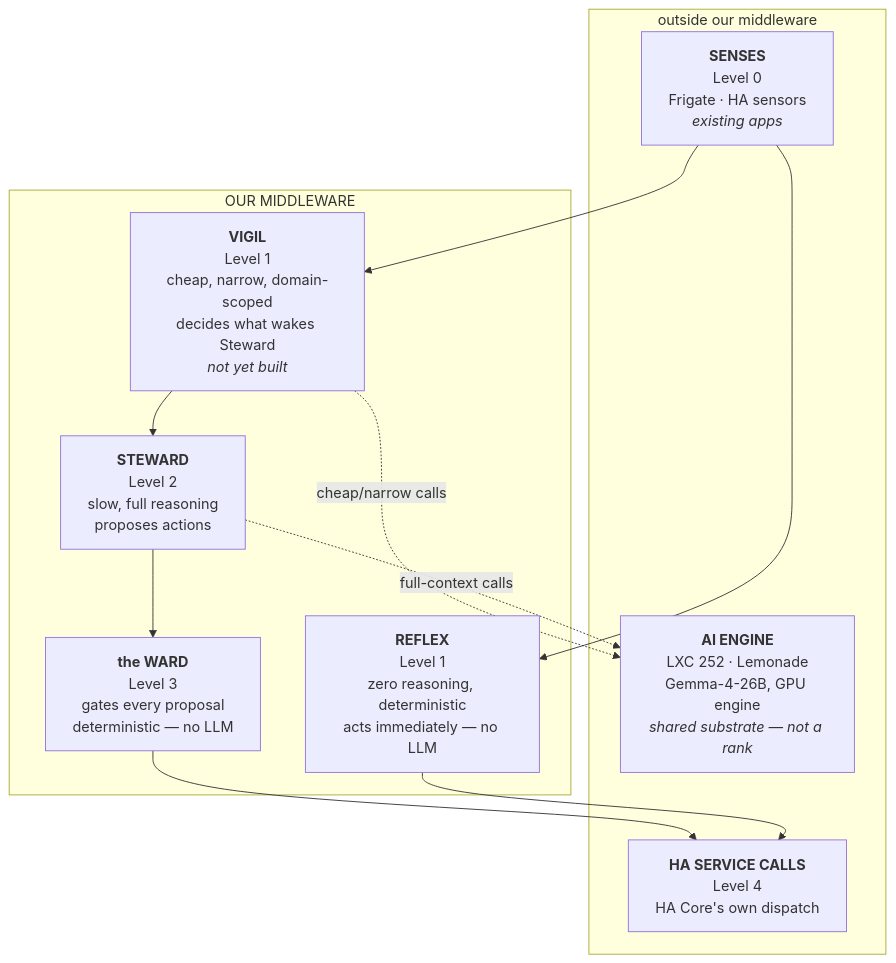
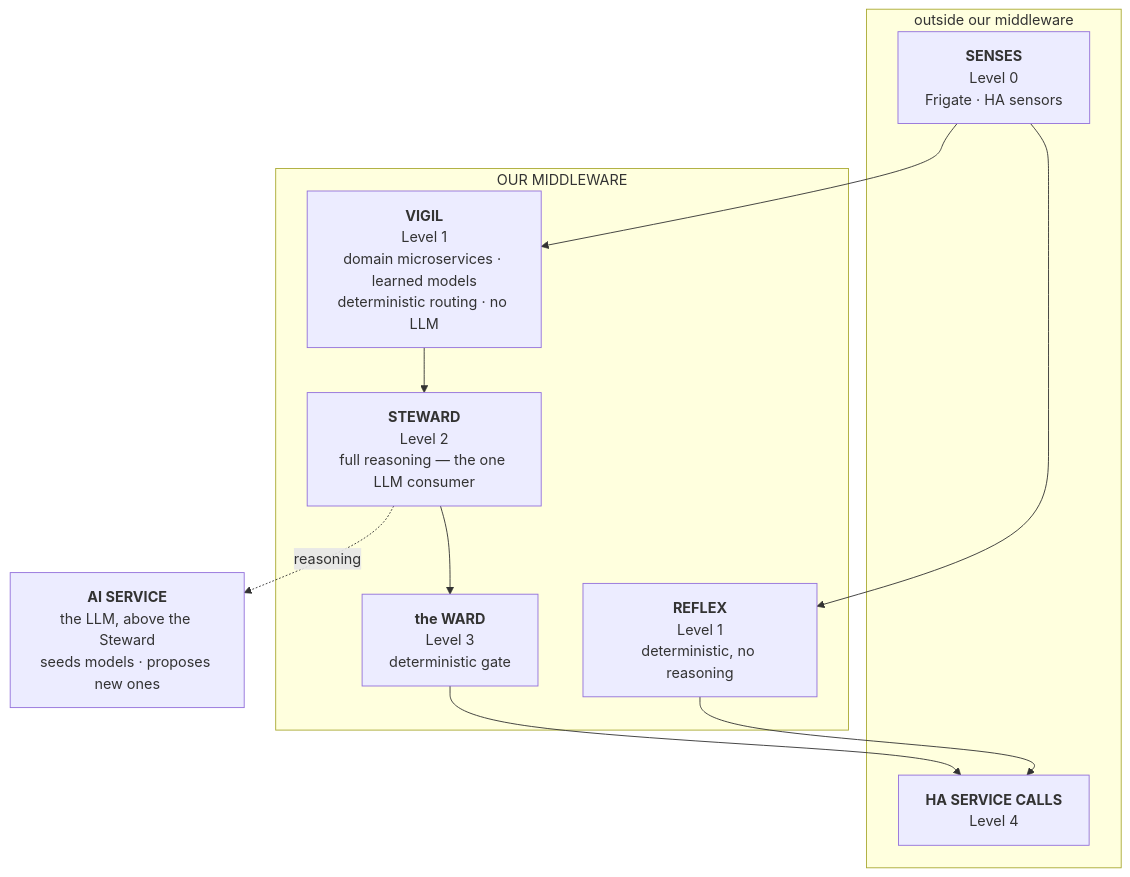
The first of 3 diagrams in docs/architecture.md (meremortals70/abode-ai-autonomy-steward), drawn with Mermaid before and after one commit. The commit also changed other lines of this file and 5 other files, not shown here.

First line of the commit message:
docs: correct the architecture — one LLM, learned Vigil models, seed-learn-operate

````diff
--- a/docs/architecture.md
+++ b/docs/architecture.md
@@ -56,24 +53,24 @@
 ```mermaid
 flowchart TB
     subgraph outside["outside our middleware"]
-        SENSES["<b>SENSES</b><br/>Level 0<br/>Frigate · HA sensors<br/><i>existing apps</i>"]
-        HA["<b>HA SERVICE CALLS</b><br/>Level 4<br/>HA Core's own dispatch"]
-        AI["<b>AI ENGINE</b><br/>LXC 252 · Lemonade<br/>Gemma-4-26B, GPU engine<br/><i>shared substrate — not a rank</i>"]
+        SENSES["<b>SENSES</b><br/>Level 0<br/>Frigate · HA sensors"]
+        HA["<b>HA SERVICE CALLS</b><br/>Level 4"]
     end
 
     subgraph mw["OUR MIDDLEWARE"]
-        REFLEX["<b>REFLEX</b><br/>Level 1<br/>zero reasoning, deterministic<br/>acts immediately — no LLM"]
-        VIGIL["<b>VIGIL</b><br/>Level 1<br/>cheap, narrow, domain-scoped<br/>decides what wakes Steward<br/><i>not yet built</i>"]
-        STEWARD["<b>STEWARD</b><br/>Level 2<br/>slow, full reasoning<br/>proposes actions"]
-        WARD["<b>the WARD</b><br/>Level 3<br/>gates every proposal<br/>deterministic — no LLM"]
+        REFLEX["<b>REFLEX</b><br/>Level 1<br/>deterministic, no reasoning"]
+        VIGIL["<b>VIGIL</b><br/>Level 1<br/>domain microservices · learned models<br/>deterministic routing · no LLM"]
+        STEWARD["<b>STEWARD</b><br/>Level 2<br/>full reasoning — the one LLM consumer"]
+        WARD["<b>the WARD</b><br/>Level 3<br/>deterministic gate"]
     end
+
+    AI["<b>AI SERVICE</b><br/>the LLM, above the Steward<br/>seeds models · proposes new ones"]
 
     SENSES --> REFLEX
     SENSES --> VIGIL
     VIGIL --> STEWARD
     STEWARD --> WARD
     WARD --> HA
     REFLEX --> HA
-    VIGIL -. "cheap/narrow calls" .-> AI
-    STEWARD -. "full-context calls" .-> AI
+    STEWARD -. "reasoning" .-> AI
 ```
````
